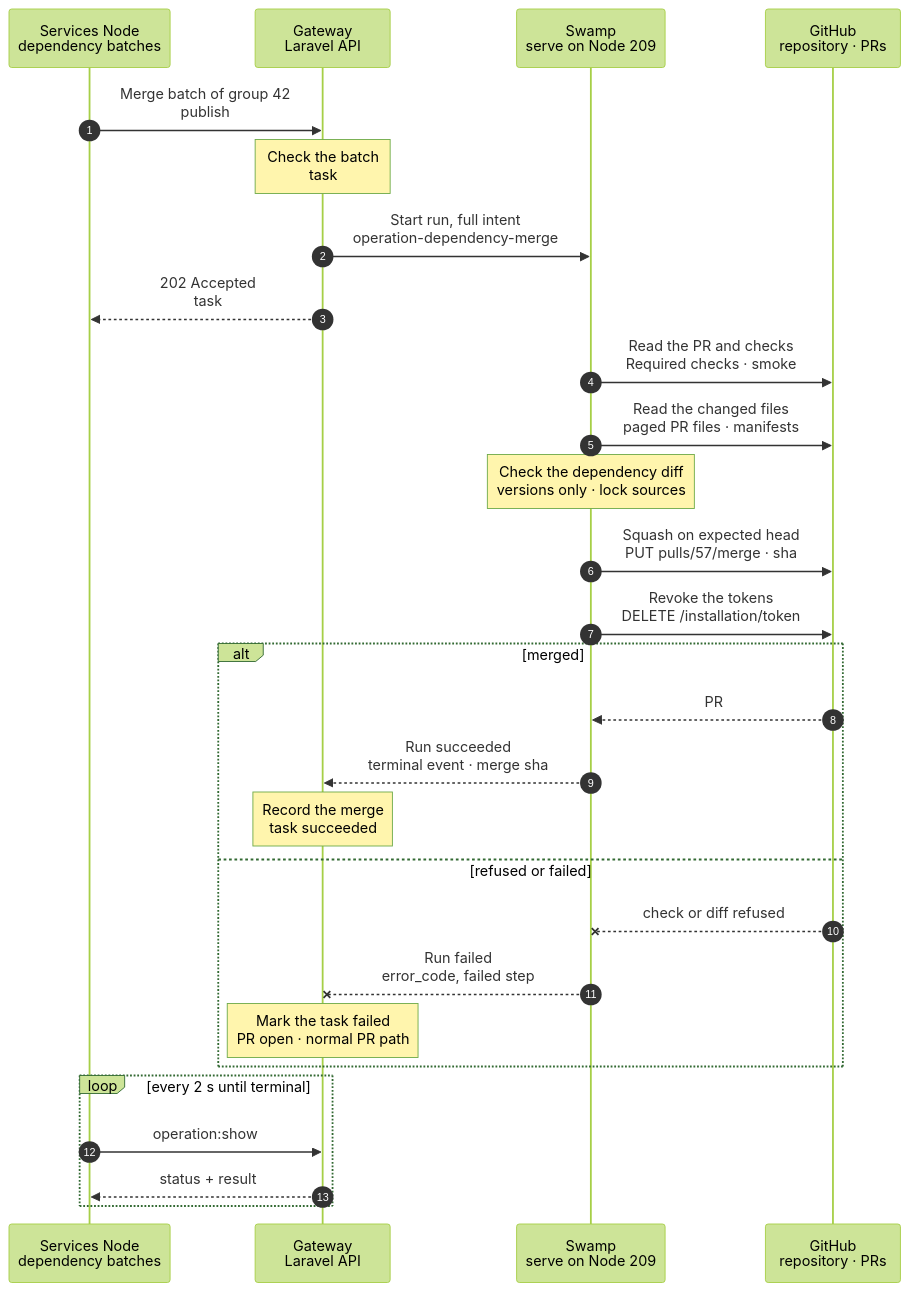
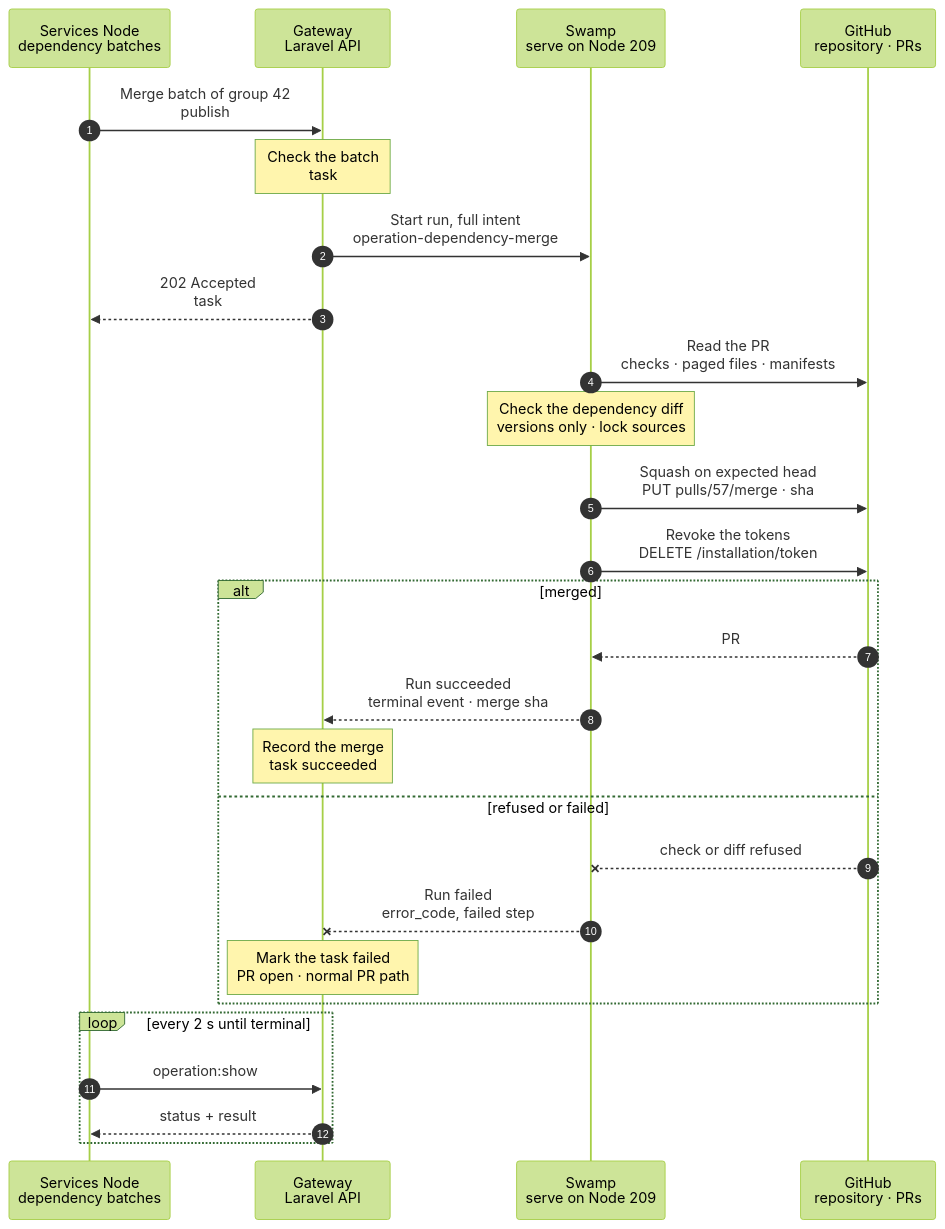
The diagram in docs/cli/tasks/dependency-merge.mmd (hardimpactdev/orbit), drawn with Mermaid (forest theme) before and after one commit. The commit also changed 2 other files, not shown here.

Commit message:
docs(cli): tighten2 wave 9 charts (fleet.rollout, tasks.publish, tasks.dependency_merge)
fleet.peer_dns waits for its lane: its new chart needs a workflow change.

```diff
--- a/docs/cli/tasks/dependency-merge.mmd
+++ b/docs/cli/tasks/dependency-merge.mmd
@@ -1,102 +1,102 @@
 sequenceDiagram
   %% Target design: ADR 0244 task, DECISIONS 1 (tokens minted at admission, vault; no private-material callback) and R2-R3. docs/reference/tasks.md#dependency-batch-squash-admission.
+  %% Tightened: flow-tighten 2026-11-02, rule 6 (the PR, its checks and its files in one read step).
   %% status: draft
   %% command: none · Services API (tasks-dependency-merge)
   %% kind: tasks.dependency_merge
   autonumber
   %% lane CLI icon=terminal pill=caller tone=gray
   %% lane GW icon=gateway pill=intent tone=blue
   %% lane SW icon=workflow pill=executes tone=green
   %% lane GH icon=server pill=target tone=purple
   participant CLI as Services Node<br/>dependency batches
   participant GW as Gateway<br/>Laravel API
   participant SW as Swamp<br/>serve on Node 209
   participant GH as GitHub<br/>repository · PRs
   CLI->>GW: Merge batch of group 42<br/>publish #5165 · head 9f3c…
   %%> Command:
   %%> - `POST /api/v1/task-groups/42/dependency-merge` with `publish_operation_id` 5165, `head_sha` and an `Idempotency-Key`
   %%> - syntax: the MCP tool `tasks-dependency-merge` with `group`, `publish_operation_id`, `head_sha`
   %%> Who can call it:
   %%> - only the configured Services Node; there is no `orbit` command
   Note over GW: Check the batch<br/>task #5166 · mint 2 tokens
   %%> Requirements:
   %%> - the Project has dependency merge enabled; today every Project is off
   %%> - the Project is an app with a hosted production Instance; packages and unclassified monorepos are refused
   %%> - group 42 is an external dependency batch the Services Node created, with a passed handoff check and the exact successful publish task #5165 for this head
   %%> - no other task runs on group 42; the Gateway holds one lock per group
   %%> What it does:
   %%> - mints a write token with only `contents: write` and `pull_requests: write`, never `workflows: write`
   %%> - mints a read token with `contents`, `checks` and `actions` read
   %%> - pushes both to the vault as `dependency-merge-5166-write` and `-read` after commit (R3); no step fetches them from the Gateway
   %%> Result:
   %%> - task #5166 recorded with the full intent
   GW->>SW: Start run, full intent<br/>operation-dependency-merge
   %%> What it does:
   %%> - starts one Swamp run on serve (Node 209); no Node is a target
   %%> Inputs:
   %%> - the repository, default branch, PR branch `task-42`, expected head, and the smoke workflow path
   %%> - the vault key names of the tokens, never the tokens
   GW-->>CLI: 202 Accepted<br/>task #5166
   %%> What you get:
   %%> - the task number, at once
   %%> Next:
   %%> - the caller follows the task with `operation:show`
-  SW->>GH: Read the PR and checks<br/>Required checks · smoke
+  SW->>GH: Read the PR<br/>checks · paged files · manifests
   %%> What it does:
-  %%> - reads the PR fresh, with the read token from `vault.get`
+  %%> - reads the PR fresh, its checks on the exact head, and every changed file, with the read token from `vault.get`
+  %%> - only root `composer.json`, `composer.lock`, `package.json` and the npm, pnpm and Bun text lock files may change; Yarn and `bun.lockb` go the ordinary PR path
   %%> Refuses:
   %%> - a PR that is not open, is a draft, comes from another repository, or targets another branch
   %%> - `Required checks` or `Production smoke / smoke` missing, pending, skipped or failed on the exact head
-  SW->>GH: Read the changed files<br/>paged PR files · manifests
-  %%> What it does:
-  %%> - reads every changed file; only root `composer.json`, `composer.lock`, `package.json` and the npm, pnpm and Bun text lock files may change; Yarn and `bun.lockb` go the ordinary PR path
-  %%> Refuses:
   %%> - incomplete or capped file evidence, or any other file
+  %%> Why one step:
+  %%> - all three read PR #57 and fail the same way
   Note over SW: Check the dependency diff<br/>versions only · lock sources
   %%> What it does:
   %%> - compares base and head manifests: only versions of existing dependencies may differ
   %%> - checks every locked package against Packagist or the npm registry, and that it is reachable from the root manifest
   %%> Refuses:
   %%> - a breaking semver bump: `dependency_merge.major_bump`; the PR stays open for hand-testing
   SW->>GH: Squash on expected head<br/>PUT pulls/57/merge · sha
   %%> What it does:
   %%> - squash-merges PR #57 only if its head still equals the expected head, with the write token
   %%> Lost reply:
   %%> - the next attempt reads PR #57 first; a merged exact head returns its merge SHA without another write
   SW->>GH: Revoke the tokens<br/>DELETE /installation/token
   %%> What it does:
   %%> - revokes both tokens, on success and on failure
   %%> If it fails:
   %%> - the run still reports its result; the tokens expire within one hour
   alt merged
     GH-->>SW: PR #57 merged · sha
     %%> Returns:
     %%> - the merge commit
     SW-->>GW: Run succeeded<br/>terminal event · merge sha
     %%> How the Gateway learns it:
     %%> - its shared run reader sees the terminal event; Swamp never calls the Gateway
     Note over GW: Record the merge<br/>task succeeded
     %%> Result:
     %%> - task #5166 succeeds with the merge SHA
     %%> - the task system sees the merge and completes group 42 as usual; nothing is deployed here
   else refused or failed
     GH--xSW: check or diff refused
     %%> When:
     %%> - a check, file or diff rule refuses, the head moved, or GitHub refuses the merge
     SW--xGW: Run failed<br/>error_code, failed step
     %%> The Gateway reads:
     %%> - which step failed and its error code
     Note over GW: Mark the task failed<br/>PR open · normal PR path
     %%> Result:
     %%> - task #5166 fails; PR #57 stays open and goes through ordinary PR handling
     %%> Retry:
     %%> - a new request for the same head is a new task with new tokens; it reads everything again
   end
   loop every 2 s until terminal
     CLI->>GW: operation:show #5166
     %%> What it does:
     %%> - asks for the task's status every 2 seconds until it has ended
     GW-->>CLI: status + result
     %%> Returns:
     %%> - the current status, and the result once the task has ended
   end
```
